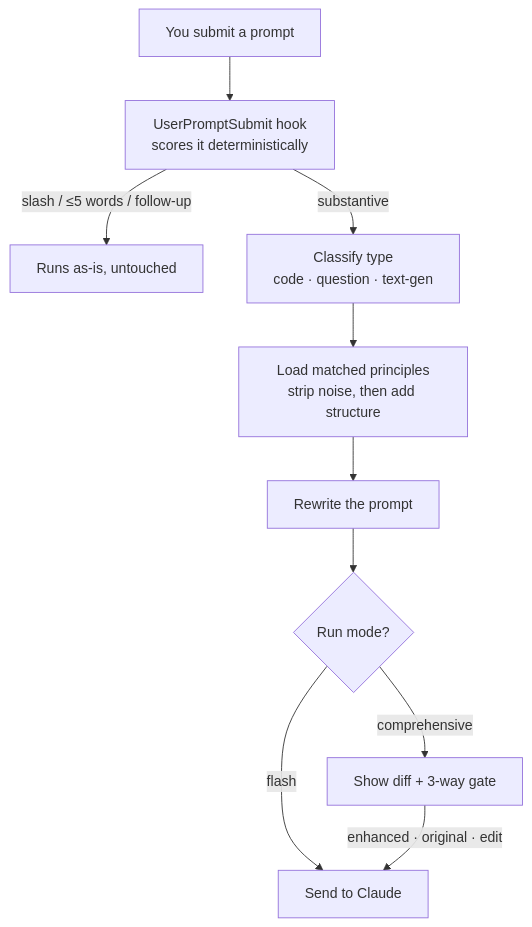
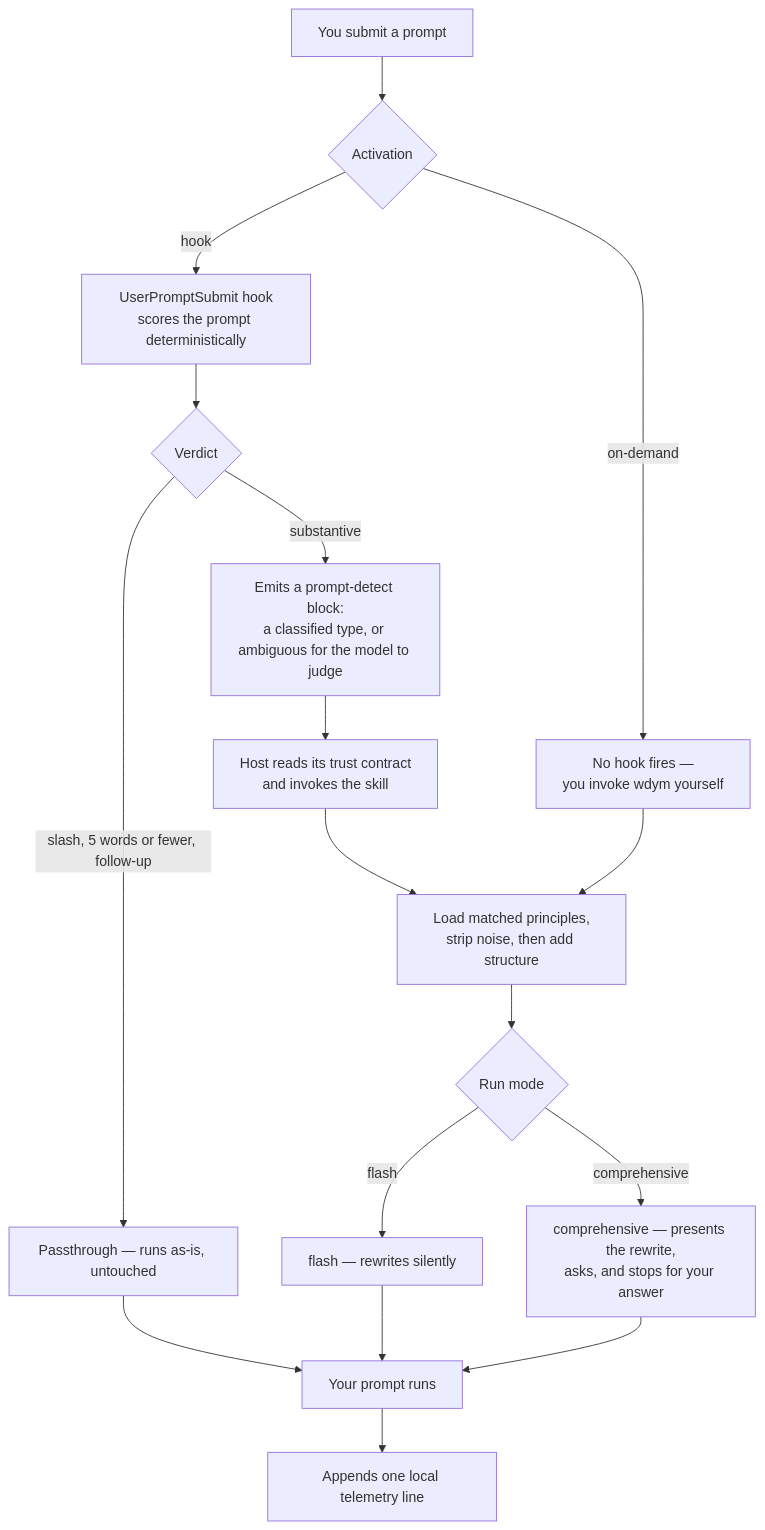
The diagram in README.md (ndisisnd/wdym), drawn with Mermaid before and after one commit. The commit also changed other lines of this file and 4 other files, not shown here.

First line of the commit message:
📝 docs(release): two-host docs, README flow diagram, v1.2.0 release notes (WS-C/WS-D)

````diff
--- a/README.md
+++ b/README.md
@@ -143,20 +200,34 @@
 ```mermaid
 flowchart TD
     submit["You submit a prompt"]
-    hook["UserPromptSubmit hook<br/>scores it deterministically"]
-    passthrough["Runs as-is, untouched"]
-    classify["Classify type<br/>code · question · text-gen"]
-    principles["Load matched principles<br/>strip noise, then add structure"]
-    rewrite["Rewrite the prompt"]
-    gate{"Run mode?"}
-    ask["Show diff + 3-way gate"]
-    send["Send to Claude"]
+    activation{"Activation"}
+    hook["UserPromptSubmit hook<br/>scores the prompt deterministically"]
+    manual["No hook fires —<br/>you invoke wdym yourself"]
+    verdict{"Verdict"}
+    skip["Passthrough — runs as-is, untouched"]
+    block["Emits a prompt-detect block:<br/>a classified type, or ambiguous for the model to judge"]
+    contract["Host reads its trust contract<br/>and invokes the skill"]
+    skill["Load matched principles,<br/>strip noise, then add structure"]
+    mode{"Run mode"}
+    flash["flash — rewrites silently"]
+    comprehensive["comprehensive — presents the rewrite,<br/>asks, and stops for your answer"]
+    run["Your prompt runs"]
+    telemetry["Appends one local telemetry line"]
 
-    submit --> hook
-    hook -->|"slash / ≤5 words / follow-up"| passthrough
-    hook -->|substantive| classify
-    classify --> principles --> rewrite --> gate
-    gate -->|comprehensive| ask
-    gate -->|flash| send
-    ask -->|"enhanced · original · edit"| send
+    submit --> activation
+    activation -->|"hook"| hook
+    activation -->|"on-demand"| manual
+    hook --> verdict
+    verdict -->|"slash, 5 words or fewer, follow-up"| skip
+    verdict -->|substantive| block
+    block --> contract
+    contract --> skill
+    manual --> skill
+    skill --> mode
+    mode -->|flash| flash
+    mode -->|comprehensive| comprehensive
+    flash --> run
+    comprehensive --> run
+    skip --> run
+    run --> telemetry
 ```
````
